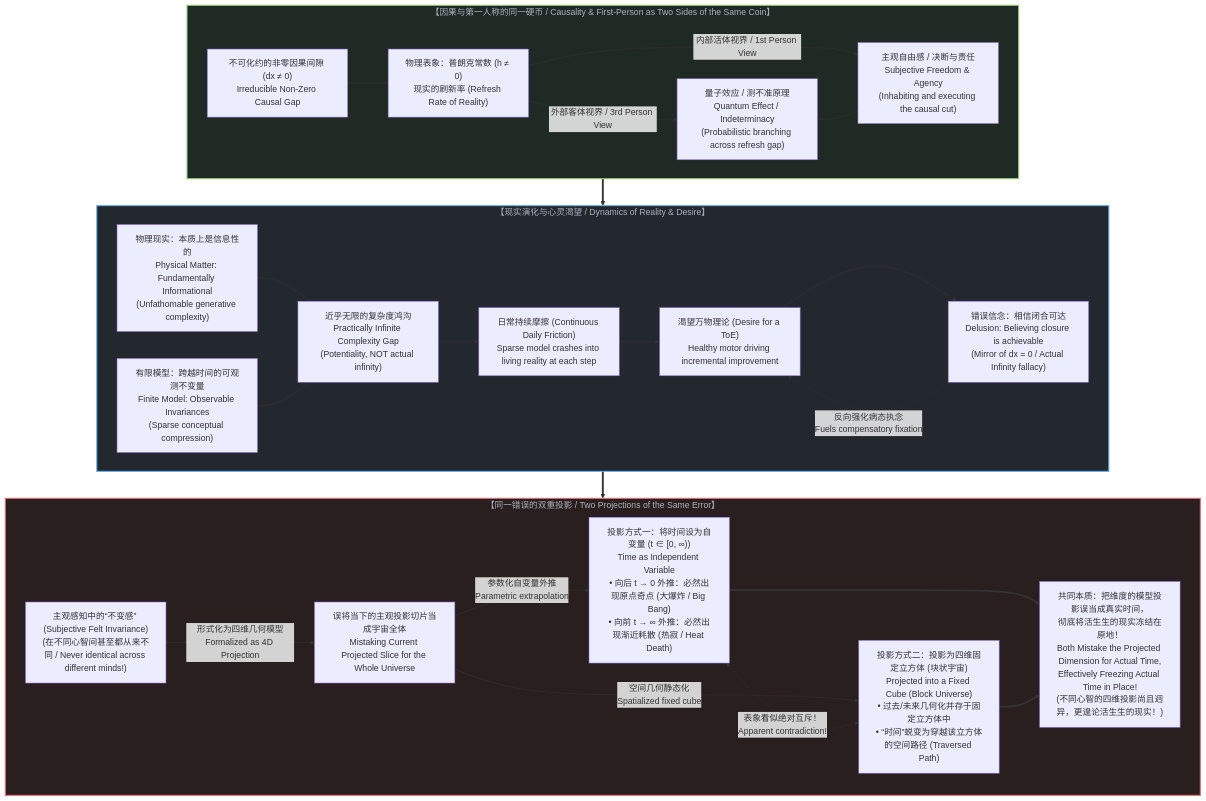
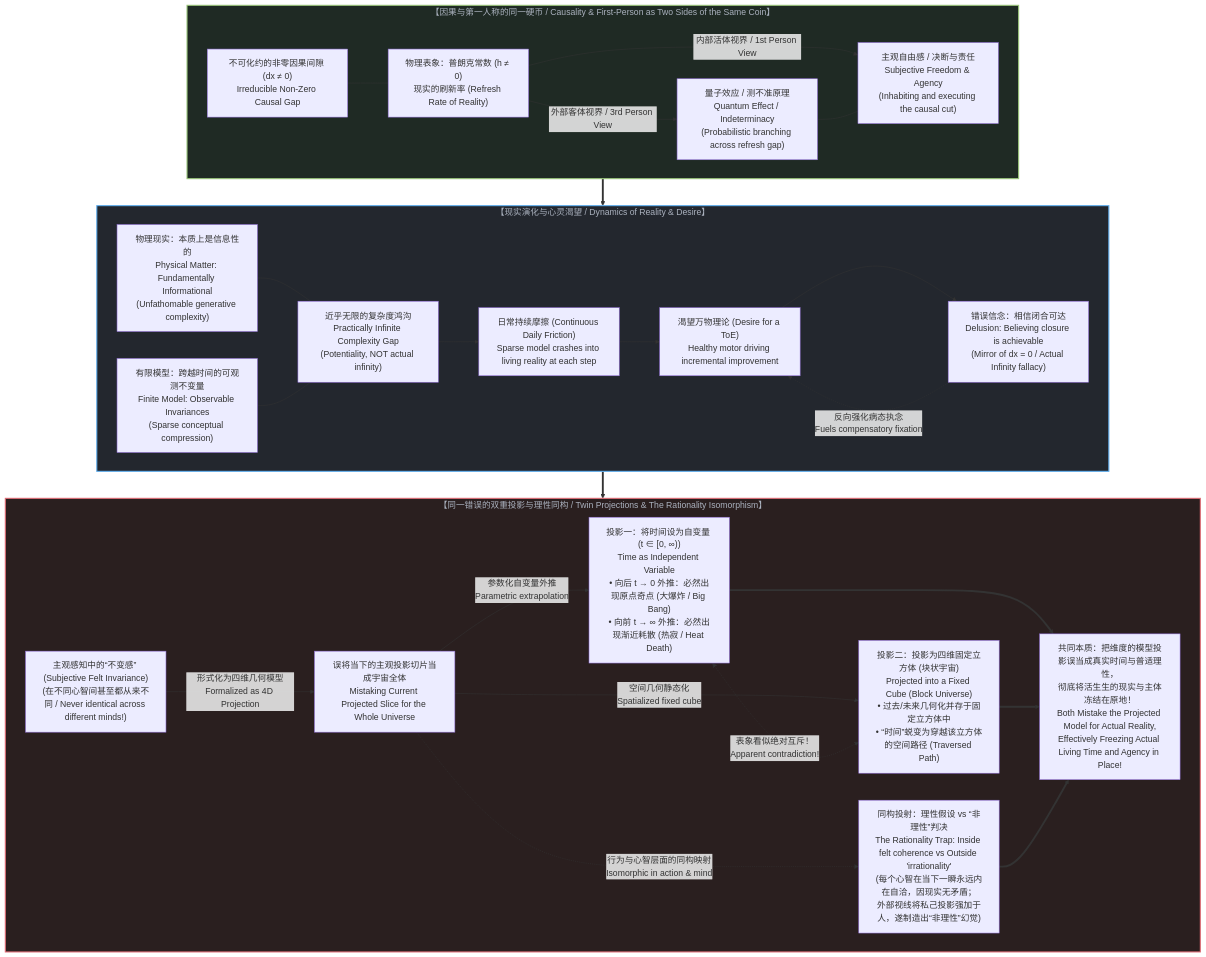
One commit to powerpig99/not-a-toe changed the diagram in content/posts/demanding-a-toe-freezes-time-into-a-catalog.md. Above: the diagram before and after it, drawn with Mermaid. The commit also changed other lines of this file and 3 other files, not shown here.

Commit message:
feat: integrate rationality assumption isomorphism and internal coherence into Section 6

````diff
--- a/content/posts/demanding-a-toe-freezes-time-into-a-catalog.md
+++ b/content/posts/demanding-a-toe-freezes-time-into-a-catalog.md
@@ -615,59 +658,63 @@
 ```mermaid
 graph TD
     subgraph GrandCoherence["【因果与第一人称的同一硬币 / Causality & First-Person as Two Sides of the Same Coin】"]
         Cut["不可化约的非零因果间隙 (dx ≠ 0)<br>Irreducible Non-Zero Causal Gap"]
         Planck["物理表象：普朗克常数 (h ≠ 0)<br>现实的刷新率 (Refresh Rate of Reality)"]
         
         Cut --- Planck
         
         Planck -->|"外部客体视界 / 3rd Person View"| Quantum["量子效应 / 测不准原理<br>Quantum Effect / Indeterminacy<br>(Probabilistic branching across refresh gap)"]
         Planck -->|"内部活体视界 / 1st Person View"| Freedom["主观自由感 / 决断与责任<br>Subjective Freedom & Agency<br>(Inhabiting and executing the causal cut)"]
         
         Quantum --- Freedom
     end
 
     subgraph Dynamics["【现实演化与心灵渴望 / Dynamics of Reality & Desire】"]
         Reality["物理现实：本质上是信息性的<br>Physical Matter: Fundamentally Informational<br>(Unfathomable generative complexity)"]
         Model["有限模型：跨越时间的可观测不变量<br>Finite Model: Observable Invariances<br>(Sparse conceptual compression)"]
         
         Gap["近乎无限的复杂度鸿沟<br>Practically Infinite Complexity Gap<br>(Potentiality, NOT actual infinity)"]
         Reality --- Gap
         Model --- Gap
         
         Friction["日常持续摩擦 (Continuous Daily Friction)<br>Sparse model crashes into living reality at each step"]
         Gap --> Friction
         
         Desire["渴望万物理论 (Desire for a ToE)<br>Healthy motor driving incremental improvement"]
         Belief["错误信念：相信闭合可达<br>Delusion: Believing closure is achievable<br>(Mirror of dx = 0 / Actual Infinity fallacy)"]
         
         Friction --> Desire
         Desire --> Belief
         Belief -. "反向强化病态执念<br>Fuels compensatory fixation" .-> Desire
     end
 
-    subgraph TwinProjections["【同一错误的双重投影 / Two Projections of the Same Error】"]
+    subgraph TwinProjections["【同一错误的双重投影与理性同构 / Twin Projections & The Rationality Isomorphism】"]
         Subjective["主观感知中的“不变感” (Subjective Felt Invariance)<br>(在不同心智间甚至都从来不同 / Never identical across different minds!)"]
         CurrentSlice["误将当下的主观投影切片当成宇宙全体<br>Mistaking Current Projected Slice for the Whole Universe"]
         
         Subjective -->|"形式化为四维几何模型<br>Formalized as 4D Projection"| CurrentSlice
         
-        Proj1["投影方式一：将时间设为自变量 (t ∈ [0, ∞))<br>Time as Independent Variable<br>• 向后 t → 0 外推：必然出现原点奇点 (大爆炸 / Big Bang)<br>• 向前 t → ∞ 外推：必然出现渐近耗散 (热寂 / Heat Death)"]
+        Proj1["投影一：将时间设为自变量 (t ∈ [0, ∞))<br>Time as Independent Variable<br>• 向后 t → 0 外推：必然出现原点奇点 (大爆炸 / Big Bang)<br>• 向前 t → ∞ 外推：必然出现渐近耗散 (热寂 / Heat Death)"]
         
-        Proj2["投影方式二：投影为四维固定立方体 (块状宇宙)<br>Projected into a Fixed Cube (Block Universe)<br>• 过去/未来几何化并存于固定立方体中<br>• “时间”蜕变为穿越该立方体的空间路径 (Traversed Path)"]
+        Proj2["投影二：投影为四维固定立方体 (块状宇宙)<br>Projected into a Fixed Cube (Block Universe)<br>• 过去/未来几何化并存于固定立方体中<br>• “时间”蜕变为穿越该立方体的空间路径 (Traversed Path)"]
         
-        Freeze["共同本质：把维度的模型投影误当成真实时间，<br>彻底将活生生的现实冻结在原地！<br>Both Mistake the Projected Dimension for Actual Time,<br>Effectively Freezing Actual Time in Place!<br>(不同心智的四维投影尚且迥异，更遑论活生生的现实！)"]
+        Rationality["同构投射：理性假设 vs “非理性”判决<br>The Rationality Trap: Inside felt coherence vs Outside 'irrationality'<br>(每个心智在当下一瞬永远内在自洽，因现实无矛盾；<br>外部视线将私己投影强加于人，遂制造出“非理性”幻觉)"]
+        
+        Freeze["共同本质：把维度的模型投影误当成真实时间与普适理性，<br>彻底将活生生的现实与主体冻结在原地！<br>Both Mistake the Projected Model for Actual Reality,<br>Effectively Freezing Actual Living Time and Agency in Place!"]
         
         CurrentSlice -->|"参数化自变量外推<br>Parametric extrapolation"| Proj1
         CurrentSlice -->|"空间几何静态化<br>Spatialized fixed cube"| Proj2
+        CurrentSlice -. "行为与心智层面的同构映射<br>Isomorphic in action & mind" .-> Rationality
         Proj1 <-. "表象看似绝对互斥！<br>Apparent contradiction!" .-> Proj2
         Proj1 ==> Freeze
         Proj2 ==> Freeze
+        Rationality ==> Freeze
     end
 
     GrandCoherence ==> Dynamics
     Dynamics ==> TwinProjections
 
     style GrandCoherence fill:#1f2a24,stroke:#98c379,stroke-width:2px,color:#abb2bf
     style Dynamics fill:#23272e,stroke:#61afef,stroke-width:2px,color:#abb2bf
     style TwinProjections fill:#2a1f1f,stroke:#e06c75,stroke-width:2px,color:#abb2bf
 ```
````
